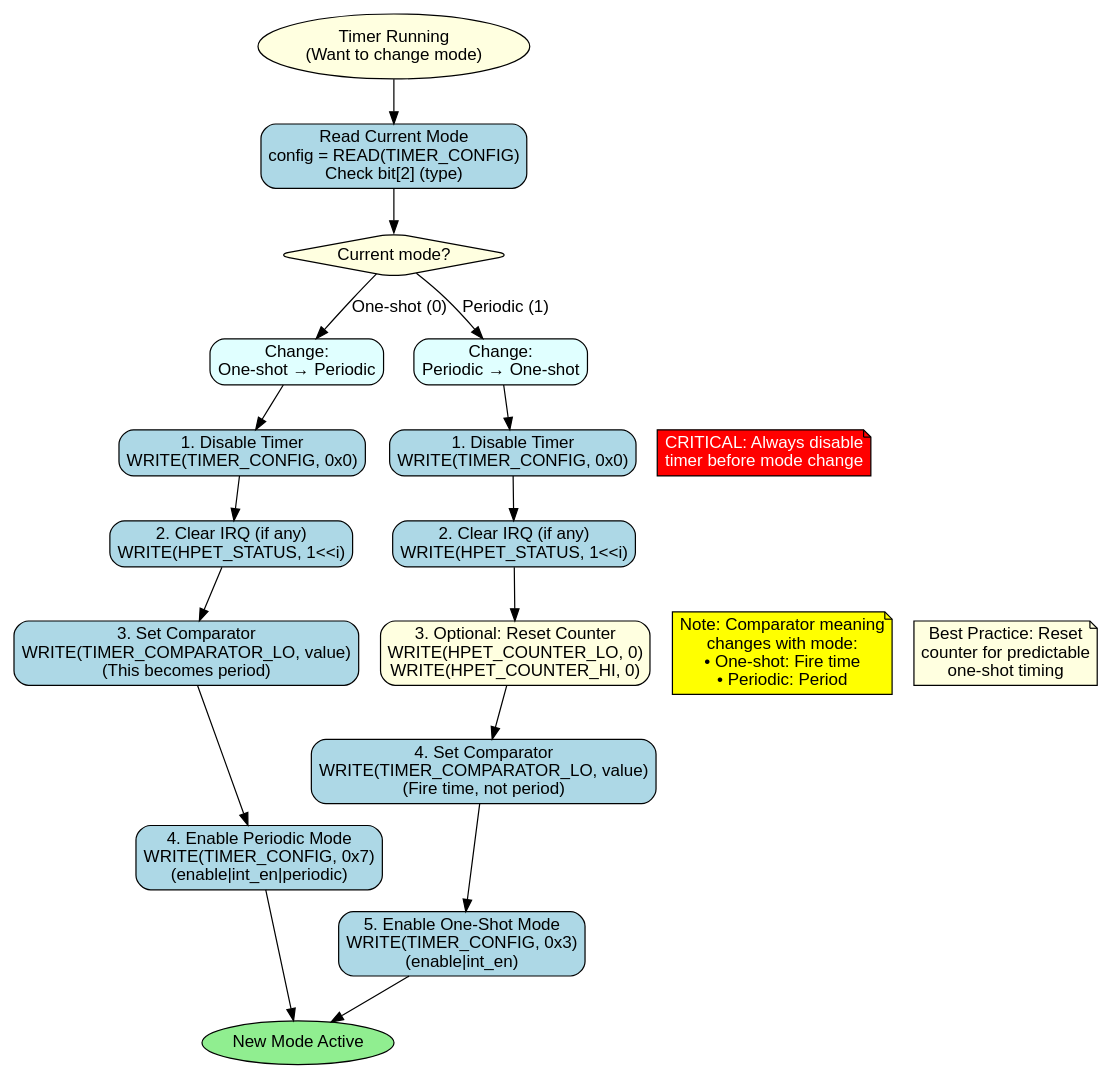
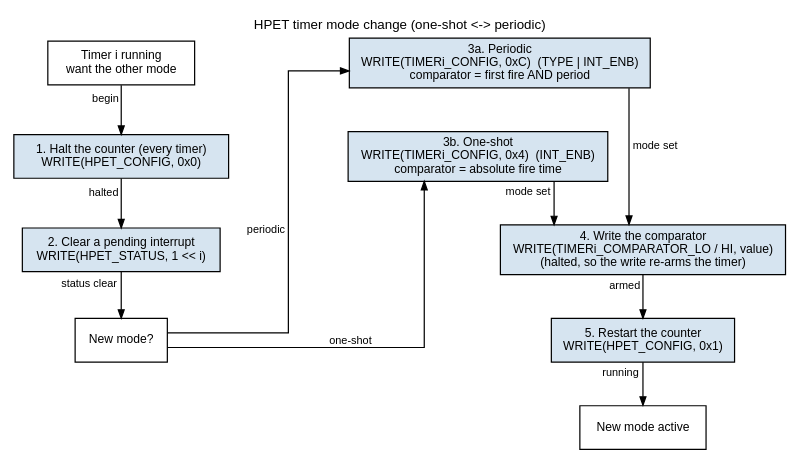
The diagram in projects/components/legacy-ip/retro_legacy_blocks/docs/hpet_mas/assets/graphviz/timer_mode_switch.dot (sean-galloway/RTLDesignSherpa), drawn with Graphviz before and after one commit. The commit also changed 323 other files, not shown here.

```diff
--- a/projects/components/legacy-ip/retro_legacy_blocks/docs/hpet_mas/assets/graphviz/timer_mode_switch.dot
+++ b/projects/components/legacy-ip/retro_legacy_blocks/docs/hpet_mas/assets/graphviz/timer_mode_switch.dot
@@ -1,64 +1,39 @@
-// HPET Timer Mode Switching Flow
-// Render with: dot -Tpng timer_mode_switch.dot -o timer_mode_switch.png
+// HPET timer mode change - a procedure in the house decision-tree vocabulary.
+// The published map has NO per-timer run enable (TN_CONF has none), so a mode
+// change halts the whole counter: a comparator write re-arms only while
+// HPET_CONFIG.enable = 0 (rtl/hpet/hpet_core.sv, rule A3). TN_CONF.TYPE is
+// bit 3; INT_ENB is bit 2.
+digraph timer_mode_switch {
+    graph [rankdir=TB, bgcolor="white", fontname="Helvetica", fontsize=11,
+           nodesep="0.45", ranksep="0.50", splines=ortho, newrank=true,
+           label="HPET timer mode change (one-shot <-> periodic)", labelloc=t, labeljust=c];
+    node  [fontname="Helvetica", fontsize=10, shape=box, style=filled,
+           fillcolor="#D6E4F0", color="black", margin="0.12,0.06"];
+    edge  [fontname="Helvetica", fontsize=9, color="black", arrowsize=0.7];
+    start [group=A, label="Timer i running\nwant the other mode", fillcolor="white"];
+    halt  [group=A, label="1. Halt the counter (every timer)\nWRITE(HPET_CONFIG, 0x0)"];
+    clr   [group=A, label="2. Clear a pending interrupt\nWRITE(HPET_STATUS, 1 << i)"];
+    mode  [group=A, label="New mode?", fillcolor="white"];
+    toper [group=B, label="3a. Periodic\nWRITE(TIMERi_CONFIG, 0xC)  (TYPE | INT_ENB)\ncomparator = first fire AND period"];
+    tones [group=B, label="3b. One-shot\nWRITE(TIMERi_CONFIG, 0x4)  (INT_ENB)\ncomparator = absolute fire time"];
+    comp  [group=B, label="4. Write the comparator\nWRITE(TIMERi_COMPARATOR_LO / HI, value)\n(halted, so the write re-arms the timer)"];
+    go    [group=B, label="5. Restart the counter\nWRITE(HPET_CONFIG, 0x1)"];
+    done  [group=B, label="New mode active", fillcolor="white"];
 
-digraph timer_mode_switch {
-    rankdir=TB;
-    node [shape=box, style="rounded,filled", fillcolor=lightblue, fontname="Arial"];
-    edge [fontname="Arial"];
+    start -> halt [xlabel="begin"];
+    halt  -> clr  [xlabel="halted"];
+    clr   -> mode [xlabel="status clear"];
+    mode  -> toper [xlabel="periodic"];
+    mode  -> tones [xlabel="one-shot"];
+    toper -> comp [xlabel="mode set"];
+    tones -> comp [xlabel="mode set"];
+    comp  -> go   [xlabel="armed"];
+    go    -> done [xlabel="running"];
 
-    start [label="Timer Running\n(Want to change mode)", shape=ellipse, fillcolor=lightyellow];
-    end [label="New Mode Active", shape=ellipse, fillcolor=lightgreen];
-
-    start -> check_current;
-
-    check_current [label="Read Current Mode\nconfig = READ(TIMER_CONFIG)\nCheck bit[2] (type)"];
-    check_current -> current_mode;
-
-    current_mode [label="Current mode?", shape=diamond, fillcolor=lightyellow];
-    current_mode -> from_oneshot [label="One-shot (0)"];
-    current_mode -> from_periodic [label="Periodic (1)"];
-
-    // From One-Shot to Periodic
-    from_oneshot [label="Change:\nOne-shot → Periodic", fillcolor=lightcyan];
-    from_oneshot -> disable_timer1;
-
-    disable_timer1 [label="1. Disable Timer\nWRITE(TIMER_CONFIG, 0x0)"];
-    disable_timer1 -> clear_irq1;
-
-    clear_irq1 [label="2. Clear IRQ (if any)\nWRITE(HPET_STATUS, 1<<i)"];
-    clear_irq1 -> set_comparator1;
-
-    set_comparator1 [label="3. Set Comparator\nWRITE(TIMER_COMPARATOR_LO, value)\n(This becomes period)"];
-    set_comparator1 -> enable_periodic;
-
-    enable_periodic [label="4. Enable Periodic Mode\nWRITE(TIMER_CONFIG, 0x7)\n(enable|int_en|periodic)"];
-    enable_periodic -> end;
-
-    // From Periodic to One-Shot
-    from_periodic [label="Change:\nPeriodic → One-shot", fillcolor=lightcyan];
-    from_periodic -> disable_timer2;
-
-    disable_timer2 [label="1. Disable Timer\nWRITE(TIMER_CONFIG, 0x0)"];
-    disable_timer2 -> clear_irq2;
-
-    clear_irq2 [label="2. Clear IRQ (if any)\nWRITE(HPET_STATUS, 1<<i)"];
-    clear_irq2 -> reset_counter_option;
-
-    reset_counter_option [label="3. Optional: Reset Counter\nWRITE(HPET_COUNTER_LO, 0)\nWRITE(HPET_COUNTER_HI, 0)", fillcolor=lightyellow];
-    reset_counter_option -> set_comparator2;
-
-    set_comparator2 [label="4. Set Comparator\nWRITE(TIMER_COMPARATOR_LO, value)\n(Fire time, not period)"];
-    set_comparator2 -> enable_oneshot;
-
-    enable_oneshot [label="5. Enable One-Shot Mode\nWRITE(TIMER_CONFIG, 0x3)\n(enable|int_en)"];
-    enable_oneshot -> end;
-
-    // Notes
-    note1 [label="CRITICAL: Always disable\ntimer before mode change", shape=note, fillcolor=red, fontcolor=white, style=filled];
-    note2 [label="Note: Comparator meaning\nchanges with mode:\n• One-shot: Fire time\n• Periodic: Period", shape=note, fillcolor=yellow, style=filled];
-    note3 [label="Best Practice: Reset\ncounter for predictable\none-shot timing", shape=note, fillcolor=lightyellow, style=filled];
-
-    {rank=same; disable_timer1; note1;}
-    {rank=same; set_comparator1; note2;}
-    {rank=same; reset_counter_option; note3;}
+    { rank=same; start; toper; }
+    { rank=same; halt; tones; }
+    { rank=same; clr; comp; }
+    { rank=same; mode; go; }
+    start -> toper [style=invis, minlen=4];
+    toper -> tones [style=invis];
 }
```
